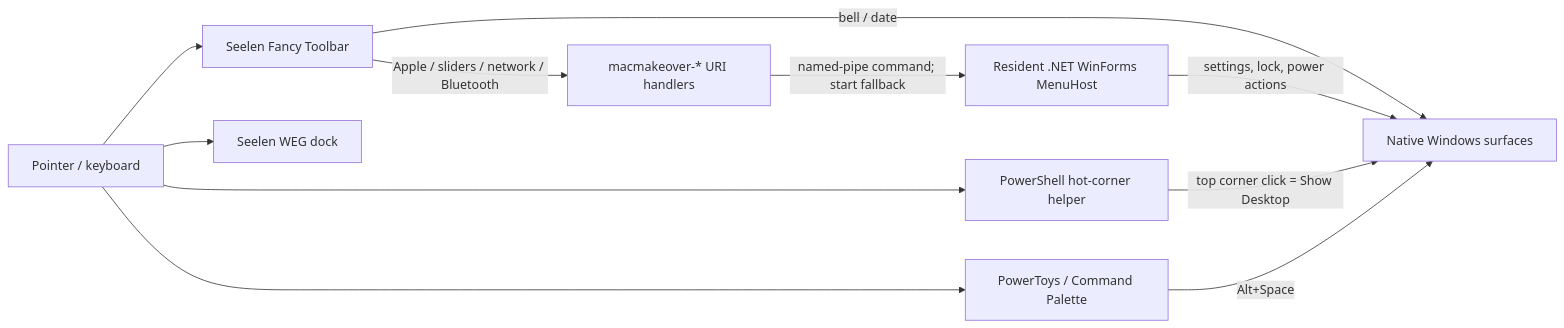
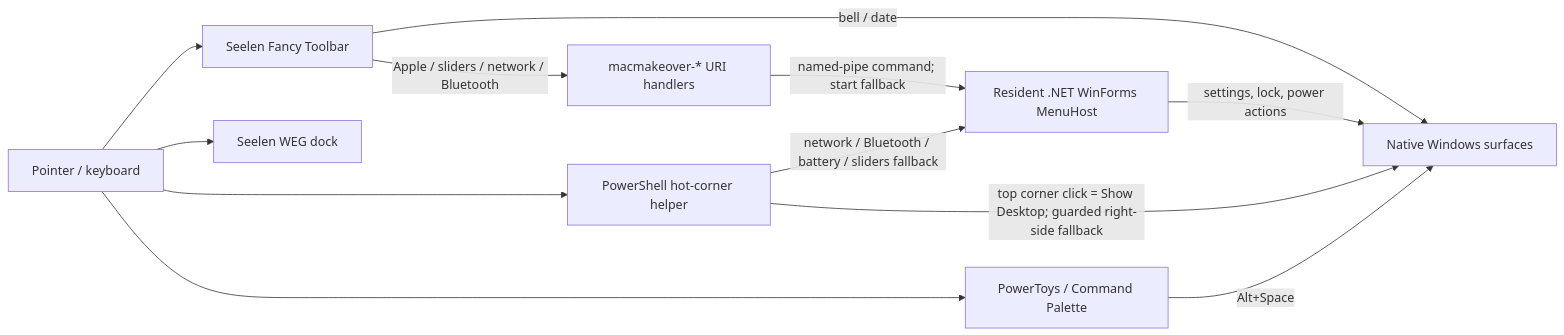
The diagram in docs/AUDIT-SPEC.md (raovin/makeover), drawn with Mermaid before and after one commit. The commit also changed other lines of this file and 9 other files, not shown here.

````diff
--- a/docs/AUDIT-SPEC.md
+++ b/docs/AUDIT-SPEC.md
@@ -39,22 +39,23 @@
 ```mermaid
 flowchart LR
     User["Pointer / keyboard"]
     Toolbar["Seelen Fancy Toolbar"]
     Dock["Seelen WEG dock"]
     Protocols["macmakeover-* URI handlers"]
     MenuHost["Resident .NET WinForms MenuHost"]
     Native["Native Windows surfaces"]
     HotCorners["PowerShell hot-corner helper"]
     Launcher["PowerToys / Command Palette"]
 
     User --> Toolbar
     User --> Dock
     User --> HotCorners
     User --> Launcher
     Toolbar -->|"Apple / sliders / network / Bluetooth"| Protocols
     Protocols -->|"named-pipe command; start fallback"| MenuHost
     Toolbar -->|"bell / date"| Native
     MenuHost -->|"settings, lock, power actions"| Native
-    HotCorners -->|"top corner click = Show Desktop"| Native
+    HotCorners -->|"top corner click = Show Desktop; guarded right-side fallback"| Native
+    HotCorners -->|"network / Bluetooth / battery / sliders fallback"| MenuHost
     Launcher -->|"Alt+Space"| Native
 ```
````
